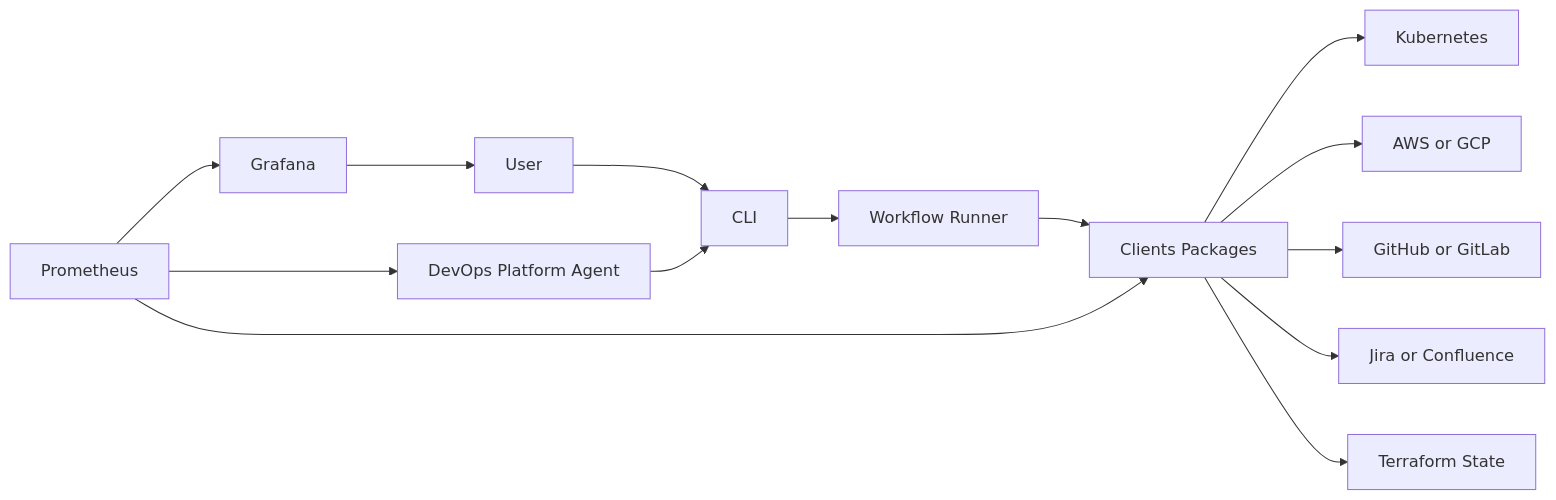
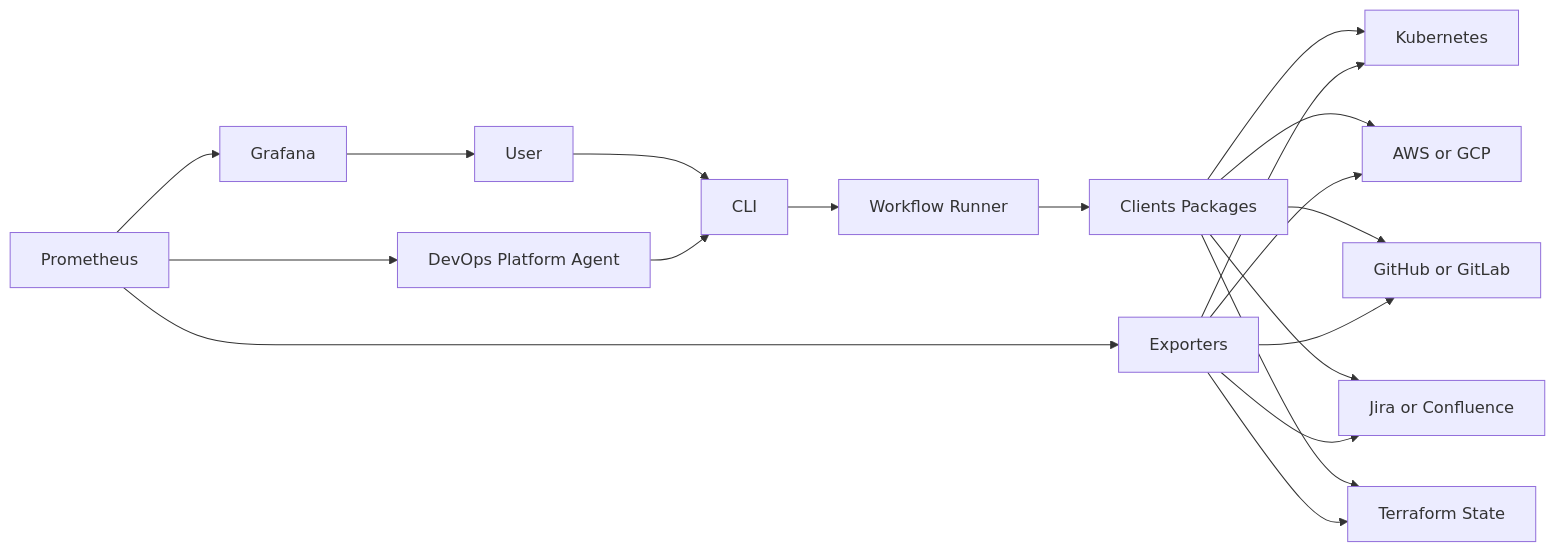
The diagram in Architecture.md (hazemataya94/hape-overview), drawn with Mermaid before and after one commit. The commit also changed other lines of this file, not shown here.

````diff
--- a/Architecture.md
+++ b/Architecture.md
@@ -78,16 +66,21 @@
 ```mermaid
 graph LR;
 U[User] --> CLI[CLI];
 AG[DevOps Platform Agent] --> CLI;
 CLI --> WF[Workflow Runner];
 WF --> CP[Clients Packages];
-P[Prometheus] --> CP;
+P[Prometheus] --> EXP[Exporters];
 P --> G[Grafana];
 CP --> K[Kubernetes];
 CP --> CLOUD[AWS or GCP];
 CP --> VCS[GitHub or GitLab];
 CP --> WM[Jira or Confluence];
 CP --> TF[Terraform State];
+EXP --> K;
+EXP --> CLOUD;
+EXP --> VCS;
+EXP --> WM;
+EXP --> TF;
 G --> U;
 P --> AG;
 ```
````
